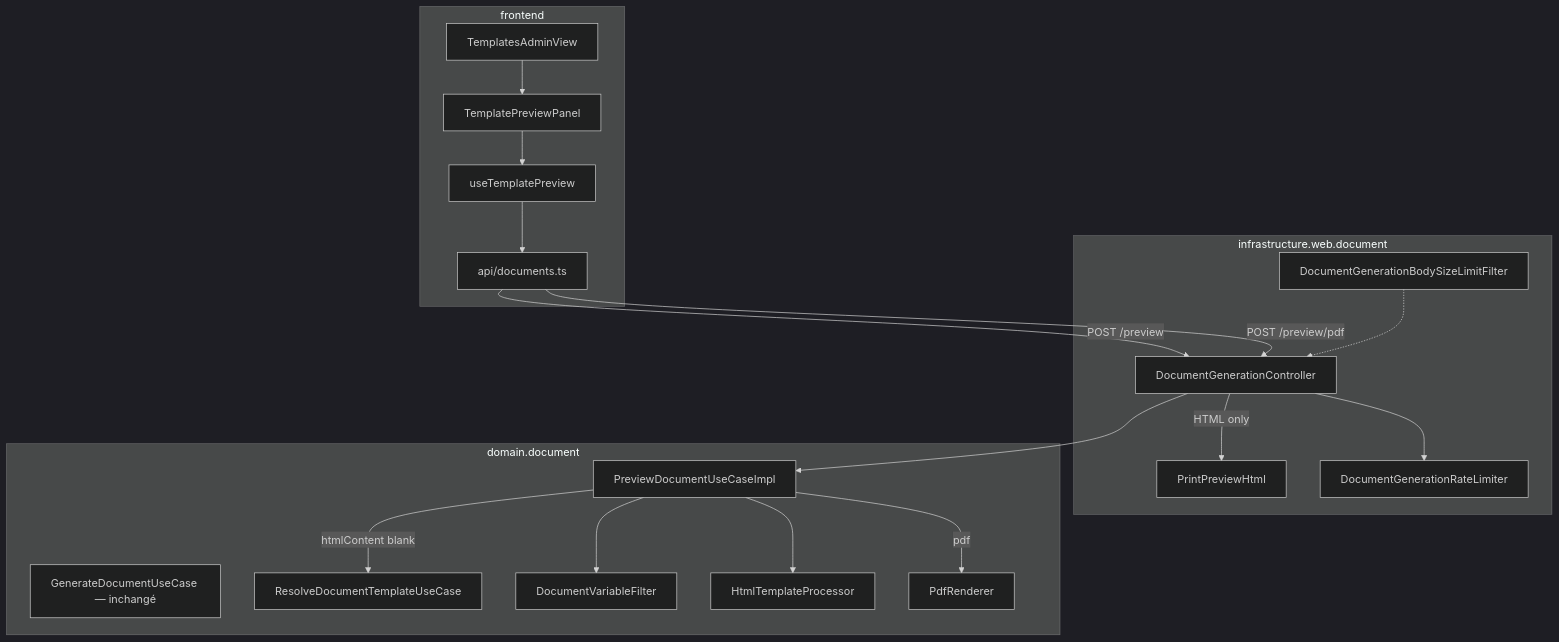
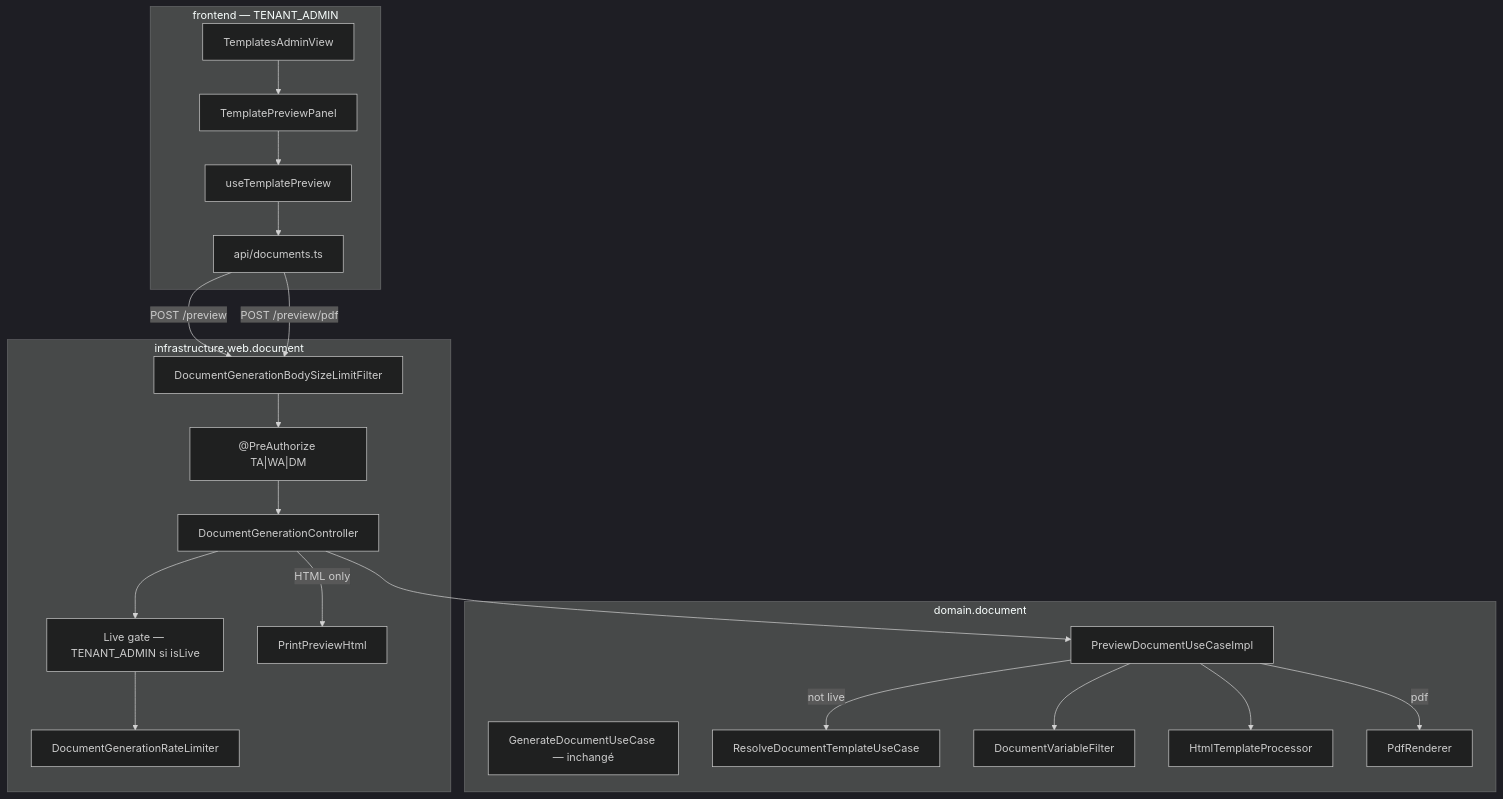
The diagram in docs/ai/design/2026-08-17-feature-preview-documents.md (superjojo79/Myrmacta), drawn with Mermaid (dark theme) before and after one commit. The commit also changed other lines of this file and 1 other file, not shown here.

First line of the commit message:
docs(preview-documents): Phase 3 design review — D-AUTHZ B gate

````diff
--- a/docs/ai/design/2026-08-17-feature-preview-documents.md
+++ b/docs/ai/design/2026-08-17-feature-preview-documents.md
@@ -18,39 +22,42 @@
 ```mermaid
 flowchart TB
-  subgraph fe["frontend"]
+  subgraph fe["frontend — TENANT_ADMIN"]
     View[TemplatesAdminView]
     Panel[TemplatePreviewPanel]
     Comp[useTemplatePreview]
     Api[api/documents.ts]
     View --> Panel
     Panel --> Comp
     Comp --> Api
   end
 
   subgraph web["infrastructure.web.document"]
+    PreAuth["@PreAuthorize TA|WA|DM"]
+    Gate["Live gate — TENANT_ADMIN si isLive"]
     Ctrl[DocumentGenerationController]
     Wrap[PrintPreviewHtml]
     Limiter[DocumentGenerationRateLimiter]
     Size[DocumentGenerationBodySizeLimitFilter]
   end
 
   subgraph domain["domain.document"]
     PreviewUC[PreviewDocumentUseCaseImpl]
     GenUC[GenerateDocumentUseCase — inchangé]
     Resolve[ResolveDocumentTemplateUseCase]
     Filter[DocumentVariableFilter]
     HTP[HtmlTemplateProcessor]
     PDF[PdfRenderer]
   end
 
-  Api -->|POST /preview| Ctrl
-  Api -->|POST /preview/pdf| Ctrl
-  Ctrl --> Limiter
-  Size -.-> Ctrl
+  Api -->|POST /preview| Size
+  Api -->|POST /preview/pdf| Size
+  Size --> PreAuth --> Ctrl
+  Ctrl --> Gate
+  Gate --> Limiter
   Ctrl --> PreviewUC
   Ctrl -->|HTML only| Wrap
-  PreviewUC -->|htmlContent blank| Resolve
+  PreviewUC -->|not live| Resolve
   PreviewUC --> Filter
   PreviewUC --> HTP
   PreviewUC -->|pdf| PDF
 ```
````
